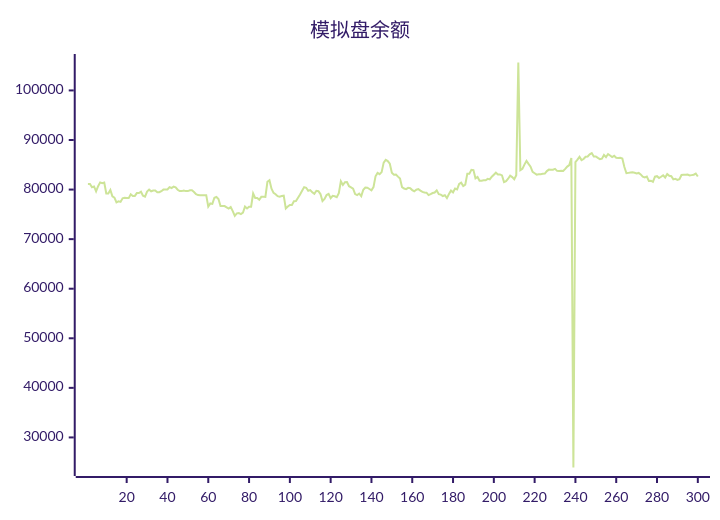
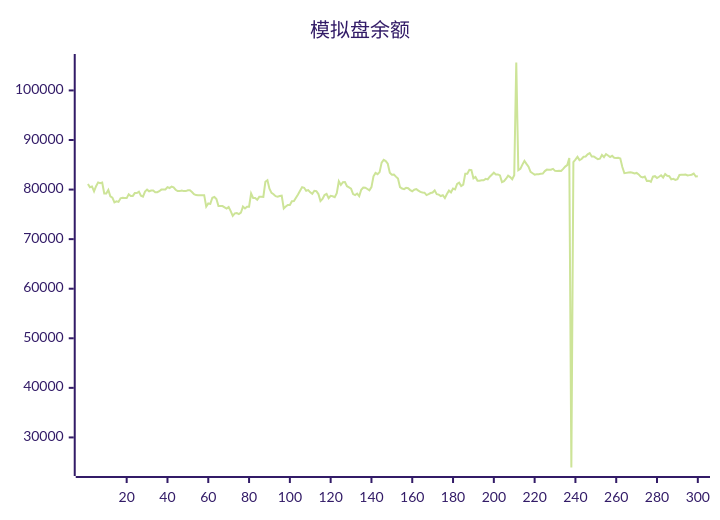
The diagram in README.md (aahl/ai-trading), drawn with Mermaid (forest theme) before and after one commit. The commit also changed other lines of this file and 1 other file, not shown here.

````diff
--- a/README.md
+++ b/README.md
@@ -5,5 +5,5 @@
 ```mermaid
 xychart
     title "模拟盘余额"
-    line [81119,81119,80471,80631,79624,80670,81448,81290,81429,79212,79222,79940,78643,78380,77432,77623,77504,78235,78358,78284,78277,79048,78714,78714,79290,79308,79567,78763,78563,79603,79988,79652,79813,79813,79476,79469,79673,79995,80015,80015,80486,80314,80600,80436,79966,79689,79689,79819,79692,79692,79850,79850,79518,79071,78889,78850,78850,78878,78878,76554,77202,77103,78357,78510,78106,76678,76677,76672,76411,76159,76485,75656,74695,75197,75246,75052,75334,76564,76179,76553,76551,79196,78300,78300,77944,78531,78531,78521,81564,81884,80160,79335,79055,78675,78580,78708,78764,76179,76586,76902,76876,77658,77669,78346,79023,79769,80497,80366,79761,79896,79448,79126,79749,79658,79097,77695,78114,78888,79126,78249,78738,78653,78478,79271,81680,80923,81488,81527,80681,80455,80190,79084,78879,79193,78686,79954,80403,80374,80118,79848,80491,82665,83351,83098,83525,85430,85983,85737,85221,83378,83014,83043,82613,82216,80477,80208,80081,80348,80277,79894,79670,79965,80093,79786,79542,79406,79371,78893,79087,79304,79406,79841,79072,78978,78696,78846,78272,79085,79787,79442,80198,80031,81120,81379,80718,80985,83214,83212,83993,83921,82270,82547,81776,81776,81866,81866,82158,82061,82596,83000,83408,83041,83050,82858,81503,81691,82188,82812,82517,82092,82901,105633,83898,84180,85030,85781,85178,84604,83569,83298,83008,83093,83107,83175,83228,83729,84025,84017,84019,84177,83775,83762,83785,83738,84160,84639,84939,86370,23934,85548,86046,86599,85942,86161,86622,86664,87115,87369,86666,86685,86384,86152,86243,86969,86548,87164,86885,86566,86809,86427,86348,86417,86273,84538,83299,83369,83430,83490,83404,83270,83362,83056,82605,82459,82614,81734,81788,81551,82598,82702,82320,82580,82878,82426,83139,82778,82686,82056,82166,81963,82110,82951,82983,82984,83038,82838,82915,82998,83235,82642]
+    line [81119,80471,80631,79624,80670,81448,81290,81429,79212,79222,79940,78643,78380,77432,77623,77504,78235,78358,78284,78277,79048,78714,78714,79290,79308,79567,78763,78563,79603,79988,79652,79813,79813,79476,79469,79673,79995,80015,80015,80486,80314,80600,80436,79966,79689,79689,79819,79692,79692,79850,79850,79518,79071,78889,78850,78850,78878,78878,76554,77202,77103,78357,78510,78106,76678,76677,76672,76411,76159,76485,75656,74695,75197,75246,75052,75334,76564,76179,76553,76551,79196,78300,78300,77944,78531,78531,78521,81564,81884,80160,79335,79055,78675,78580,78708,78764,76179,76586,76902,76876,77658,77669,78346,79023,79769,80497,80366,79761,79896,79448,79126,79749,79658,79097,77695,78114,78888,79126,78249,78738,78653,78478,79271,81680,80923,81488,81527,80681,80455,80190,79084,78879,79193,78686,79954,80403,80374,80118,79848,80491,82665,83351,83098,83525,85430,85983,85737,85221,83378,83014,83043,82613,82216,80477,80208,80081,80348,80277,79894,79670,79965,80093,79786,79542,79406,79371,78893,79087,79304,79406,79841,79072,78978,78696,78846,78272,79085,79787,79442,80198,80031,81120,81379,80718,80985,83214,83212,83993,83921,82270,82547,81776,81776,81866,81866,82158,82061,82596,83000,83408,83041,83050,82858,81503,81691,82188,82812,82517,82092,82901,105633,83898,84180,85030,85781,85178,84604,83569,83298,83008,83093,83107,83175,83228,83729,84025,84017,84019,84177,83775,83762,83785,83738,84160,84639,84939,86370,23934,85548,86046,86599,85942,86161,86622,86664,87115,87369,86666,86685,86384,86152,86243,86969,86548,87164,86885,86566,86809,86427,86348,86417,86273,84538,83299,83369,83430,83490,83404,83270,83362,83056,82605,82459,82614,81734,81788,81551,82598,82702,82320,82580,82878,82426,83139,82778,82686,82056,82166,81963,82110,82951,82983,82984,83038,82838,82915,82998,83235,82642,82682]
 ```
````
